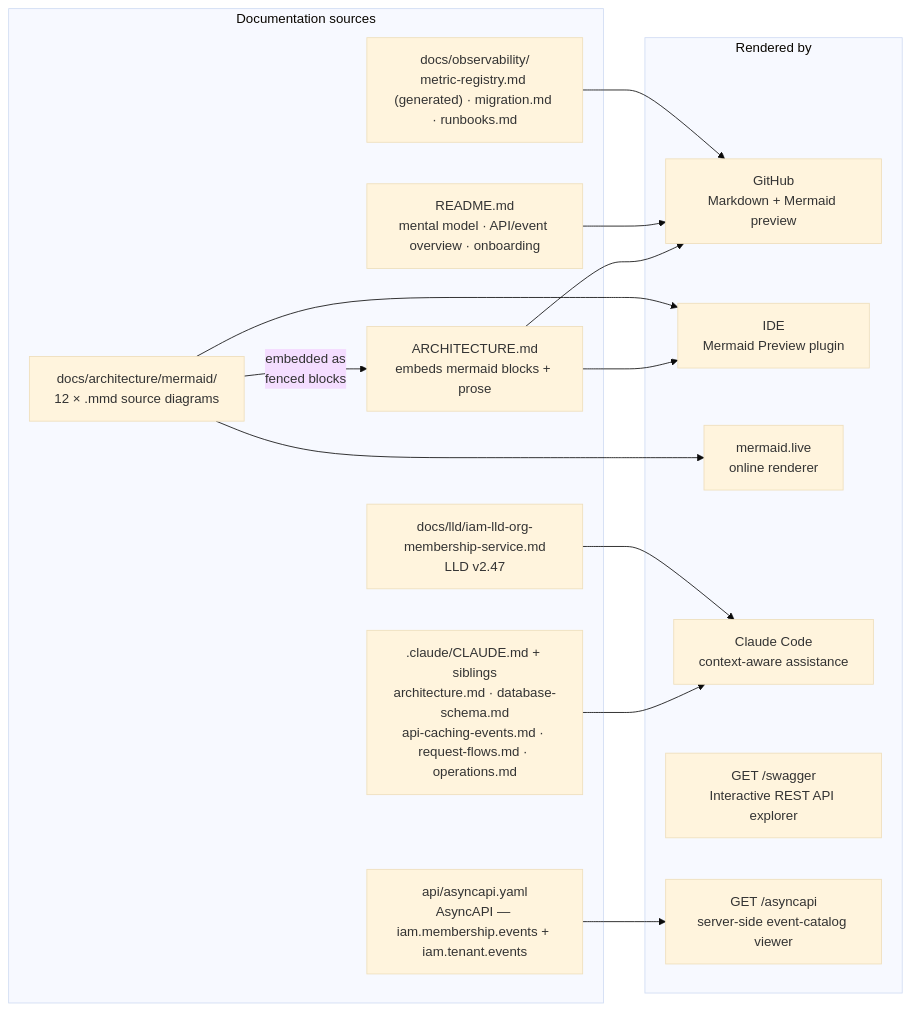
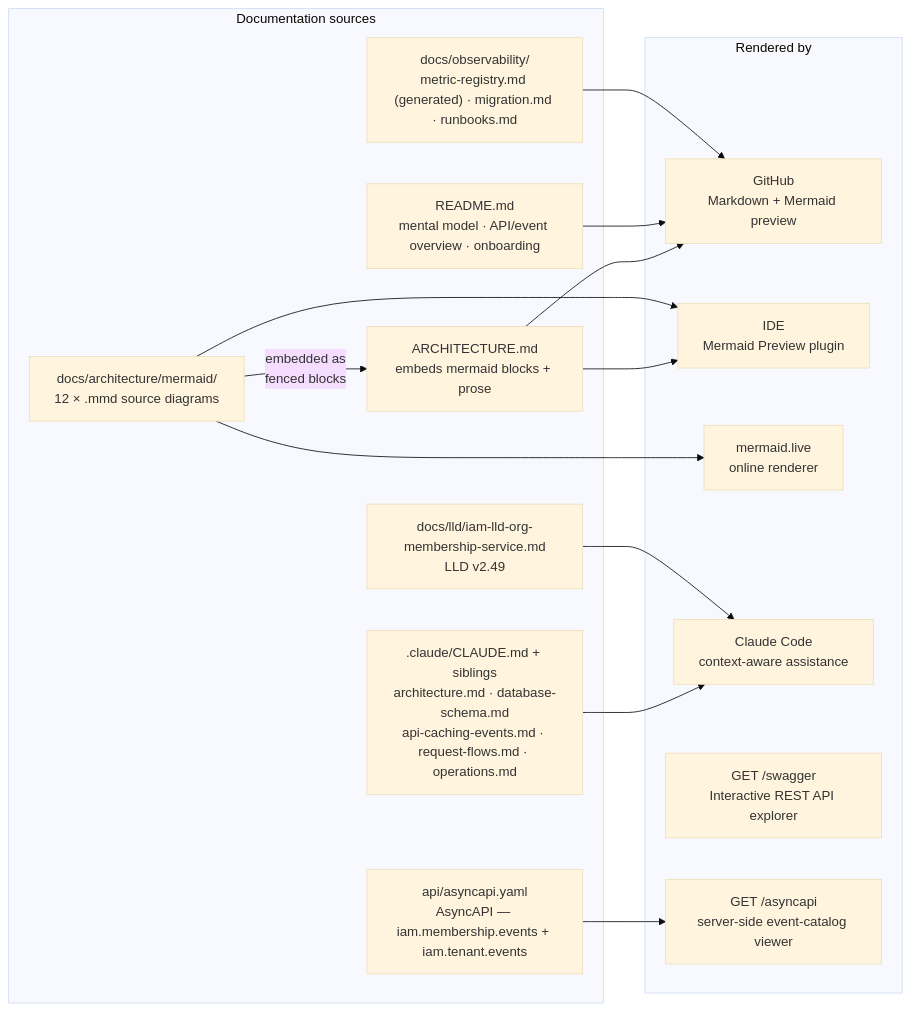
One commit to BCBP-SOLUTIONS-FZC-LLC/iam-org-membership changed diagram 13 of 13 in ARCHITECTURE.md. Above: the diagram before and after it, drawn with Mermaid (base theme). The commit also changed other lines of this file and 20 other files, not shown here.

````diff
--- a/ARCHITECTURE.md
+++ b/ARCHITECTURE.md
@@ -1361,30 +1377,30 @@
 ```mermaid
 graph LR
     subgraph sources["Documentation sources"]
         mmd["docs/architecture/mermaid/\n12 × .mmd source diagrams"]
         arch["ARCHITECTURE.md\nembeds mermaid blocks + prose"]
         claude[".claude/CLAUDE.md + siblings\narchitecture.md · database-schema.md\napi-caching-events.md · request-flows.md · operations.md"]
         readme["README.md\nmental model · API/event overview · onboarding"]
         asyncapi_yaml["api/asyncapi.yaml\nAsyncAPI — iam.membership.events + iam.tenant.events"]
-        lld["docs/lld/iam-lld-org-membership-service.md\nLLD v2.47"]
+        lld["docs/lld/iam-lld-org-membership-service.md\nLLD v2.49"]
         obsdocs["docs/observability/\nmetric-registry.md (generated) · migration.md · runbooks.md"]
     end
 
     subgraph rendered["Rendered by"]
         github["GitHub\nMarkdown + Mermaid preview"]
         ide["IDE\nMermaid Preview plugin"]
         live["mermaid.live\nonline renderer"]
         claude_ai["Claude Code\ncontext-aware assistance"]
         swagger_viewer["GET /swagger\nInteractive REST API explorer"]
         asyncapi_viewer["GET /asyncapi\nserver-side event-catalog viewer"]
     end
 
     mmd  -->|"embedded as\nfenced blocks"| arch
     arch --> github & ide
     mmd  --> live & ide
     claude --> claude_ai
     readme --> github
     lld --> claude_ai
     obsdocs --> github
     asyncapi_yaml --> asyncapi_viewer
 ```
````
